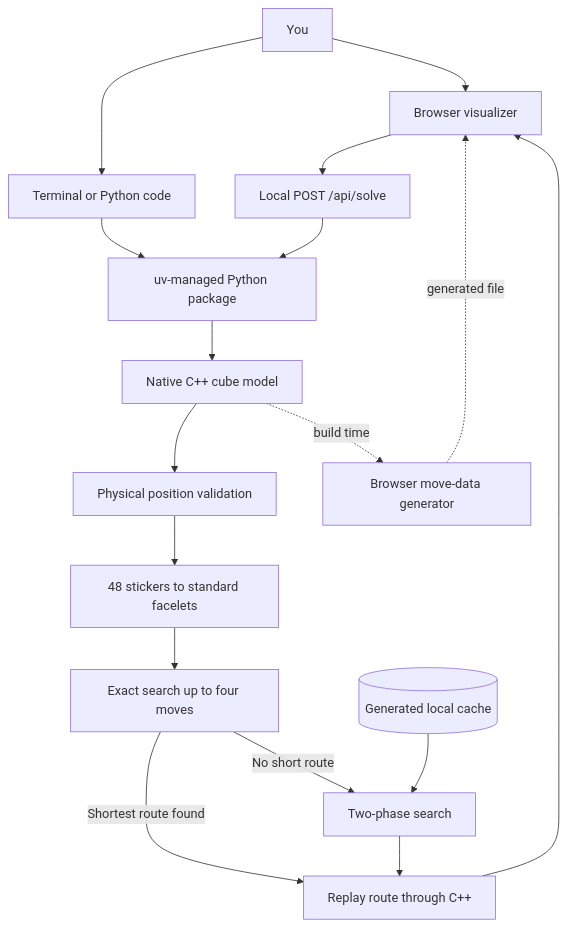
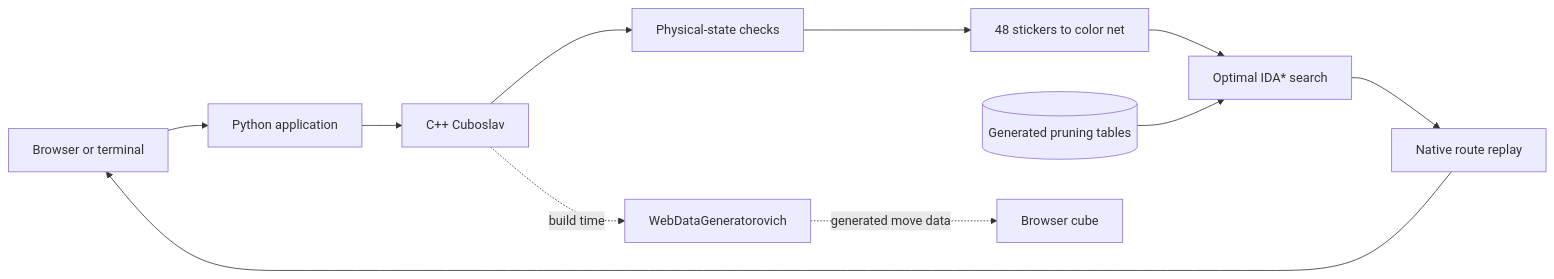
Before and after one commit to unnobatroo/rubikoslav: the diagram in README.md, drawn with Mermaid. The commit also changed other lines of this file and 11 other files, not shown here.

````diff
--- a/README.md
+++ b/README.md
@@ -133,22 +84,14 @@
 ```mermaid
-flowchart TD
-    Person[You] --> UI[Browser visualizer]
-    Person --> Terminal[Terminal or Python code]
+flowchart LR
+    User[Browser or terminal] --> App[Python application]
+    App --> Native[C++ Cuboslav]
+    Native --> Validation[Physical-state checks]
+    Validation --> Adapter[48 stickers to color net]
+    Adapter --> Search[Optimal IDA* search]
+    Tables[(Generated pruning tables)] --> Search
+    Search --> Replay[Native route replay]
+    Replay --> User
 
-    Terminal --> Package[uv-managed Python package]
-    UI --> LocalAPI[Local POST /api/solve]
-    LocalAPI --> Package
-
-    Package --> Native[Native C++ cube model]
-    Native --> Valid[Physical position validation]
-    Valid --> Adapter[48 stickers to standard facelets]
-    Adapter --> Exact[Exact search up to four moves]
-    Exact -->|No short route| Search[Two-phase search]
-    Exact -->|Shortest route found| Replay
-    Cache[(Generated local cache)] --> Search
-    Search --> Replay[Replay route through C++]
-    Replay --> UI
-
-    Native -. build time .-> Generator[Browser move-data generator]
-    Generator -. generated file .-> UI
+    Native -. build time .-> Generator[WebDataGeneratorovich]
+    Generator -. generated move data .-> Browser[Browser cube]
 ```
````
